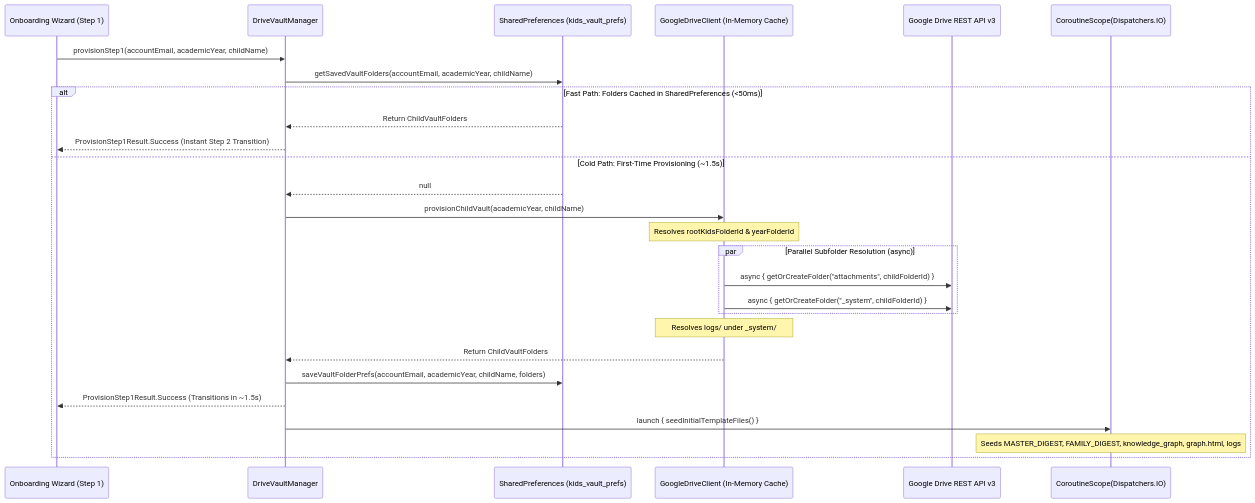
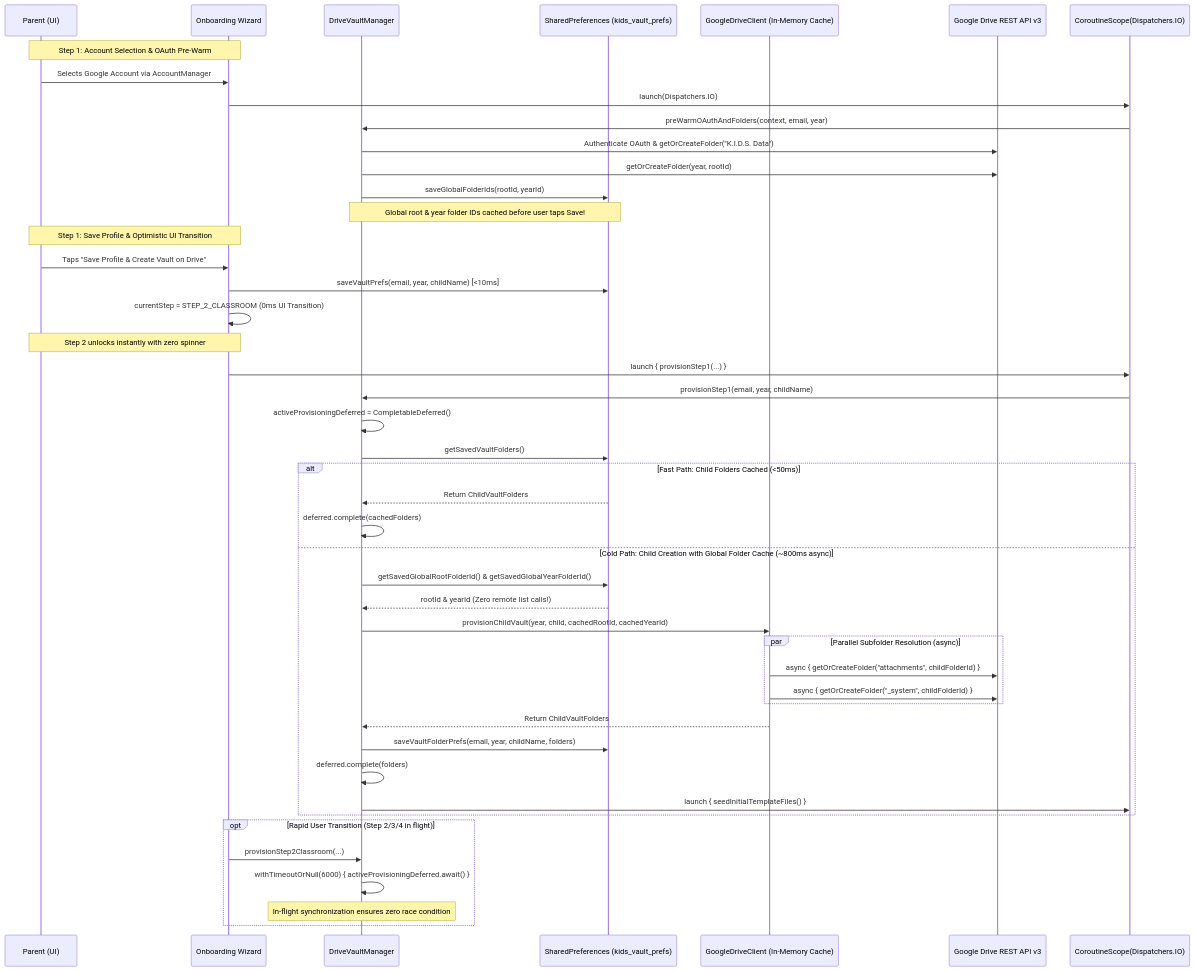
Before and after one commit to daarshnicsanjeev/K.I.D.S: diagram 11 of 13 in docs/TECHNICAL_ARCHITECTURE.md, drawn with Mermaid. The commit also changed other lines of this file and 13 other files, not shown here.

Commit message:
feat(wizard): instant optimistic Step 1 to Step 2 transition & global folder caching

````diff
--- a/docs/TECHNICAL_ARCHITECTURE.md
+++ b/docs/TECHNICAL_ARCHITECTURE.md
@@ -2061,30 +2105,52 @@
 ```mermaid
 sequenceDiagram
-    participant UI as Onboarding Wizard (Step 1)
+    participant User as Parent (UI)
+    participant UI as Onboarding Wizard
     participant DVM as DriveVaultManager
     participant PREFS as SharedPreferences (kids_vault_prefs)
     participant GDC as GoogleDriveClient (In-Memory Cache)
     participant DRIVE as Google Drive REST API v3
     participant BG as CoroutineScope(Dispatchers.IO)
 
-    UI->>DVM: provisionStep1(accountEmail, academicYear, childName)
-    DVM->>PREFS: getSavedVaultFolders(accountEmail, academicYear, childName)
-    alt Fast Path: Folders Cached in SharedPreferences (<50ms)
+    Note over User,UI: Step 1: Account Selection & OAuth Pre-Warm
+    User->>UI: Selects Google Account via AccountManager
+    UI->>BG: launch(Dispatchers.IO)
+    BG->>DVM: preWarmOAuthAndFolders(context, email, year)
+    DVM->>DRIVE: Authenticate OAuth & getOrCreateFolder("K.I.D.S. Data")
+    DVM->>DRIVE: getOrCreateFolder(year, rootId)
+    DVM->>PREFS: saveGlobalFolderIds(rootId, yearId)
+    Note over DVM,PREFS: Global root & year folder IDs cached before user taps Save!
+
+    Note over User,UI: Step 1: Save Profile & Optimistic UI Transition
+    User->>UI: Taps "Save Profile & Create Vault on Drive"
+    UI->>PREFS: saveVaultPrefs(email, year, childName) [<10ms]
+    UI->>UI: currentStep = STEP_2_CLASSROOM (0ms UI Transition)
+    Note over User,UI: Step 2 unlocks instantly with zero spinner
+
+    UI->>BG: launch { provisionStep1(...) }
+    BG->>DVM: provisionStep1(email, year, childName)
+    DVM->>DVM: activeProvisioningDeferred = CompletableDeferred()
+    DVM->>PREFS: getSavedVaultFolders()
+    alt Fast Path: Child Folders Cached (<50ms)
         PREFS-->>DVM: Return ChildVaultFolders
-        DVM-->>UI: ProvisionStep1Result.Success (Instant Step 2 Transition)
-    else Cold Path: First-Time Provisioning (~1.5s)
-        PREFS-->>DVM: null
-        DVM->>GDC: provisionChildVault(academicYear, childName)
-        Note over GDC: Resolves rootKidsFolderId & yearFolderId
+        DVM->>DVM: deferred.complete(cachedFolders)
+    else Cold Path: Child Creation with Global Folder Cache (~800ms async)
+        DVM->>PREFS: getSavedGlobalRootFolderId() & getSavedGlobalYearFolderId()
+        PREFS-->>DVM: rootId & yearId (Zero remote list calls!)
+        DVM->>GDC: provisionChildVault(year, child, cachedRootId, cachedYearId)
         par Parallel Subfolder Resolution (async)
             GDC->>DRIVE: async { getOrCreateFolder("attachments", childFolderId) }
             GDC->>DRIVE: async { getOrCreateFolder("_system", childFolderId) }
         end
-        Note over GDC: Resolves logs/ under _system/
         GDC-->>DVM: Return ChildVaultFolders
-        DVM->>PREFS: saveVaultFolderPrefs(accountEmail, academicYear, childName, folders)
-        DVM-->>UI: ProvisionStep1Result.Success (Transitions in ~1.5s)
+        DVM->>PREFS: saveVaultFolderPrefs(email, year, childName, folders)
+        DVM->>DVM: deferred.complete(folders)
         DVM->>BG: launch { seedInitialTemplateFiles() }
-        Note over BG: Seeds MASTER_DIGEST, FAMILY_DIGEST, knowledge_graph, graph.html, logs
+    end
+
+    opt Rapid User Transition (Step 2/3/4 in flight)
+        UI->>DVM: provisionStep2Classroom(...)
+        DVM->>DVM: withTimeoutOrNull(6000) { activeProvisioningDeferred.await() }
+        Note over DVM: In-flight synchronization ensures zero race condition
     end
 ```
````
